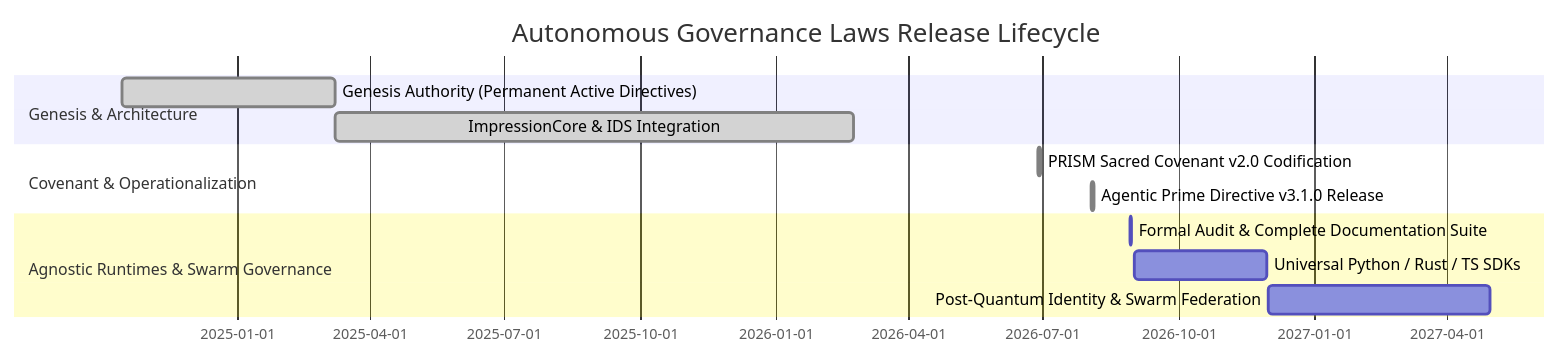
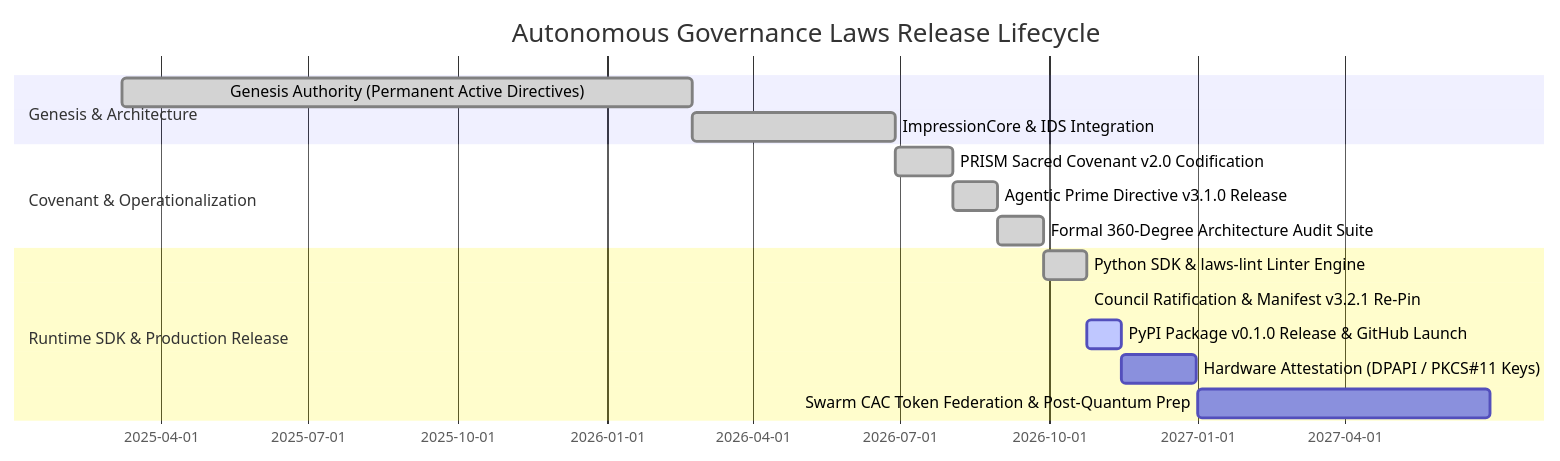
One commit to kirklasalle/AutonomousGovernanceLaws changed the fifth of 5 diagrams in PRD.md. Above: the diagram before and after it, drawn with Mermaid. The commit also changed other lines of this file and 16 other files, not shown here.

Commit message:
feat(governance): ratify charter v3.2.1, enhance documentation with architecture illustrations, and add hero banner

````diff
--- a/PRD.md
+++ b/PRD.md
@@ -175,15 +226,18 @@
 ```mermaid
 gantt
     title Autonomous Governance Laws Release Lifecycle
     dateFormat  YYYY-MM-DD
     section Genesis & Architecture
-    Genesis Authority (Permanent Active Directives) :done, 2024-10-15, 2025-03-08
-    ImpressionCore & IDS Integration                :done, 2025-03-08, 2026-02-23
+    Genesis Authority (Permanent Active Directives) :done, 2025-03-08, 2026-02-23
+    ImpressionCore & IDS Integration                :done, 2026-02-23, 2026-06-28
     section Covenant & Operationalization
-    PRISM Sacred Covenant v2.0 Codification         :done, 2026-06-28, 2026-06-30
-    Agentic Prime Directive v3.1.0 Release          :done, 2026-08-03, 2026-08-05
-    section Agnostic Runtimes & Swarm Governance
-    Formal Audit & Complete Documentation Suite     :active, 2026-08-29, 2026-08-30
-    Universal Python / Rust / TS SDKs               :2026-09-01, 2026-11-30
-    Post-Quantum Identity & Swarm Federation        :2026-12-01, 2027-04-30
+    PRISM Sacred Covenant v2.0 Codification         :done, 2026-06-28, 2026-08-03
+    Agentic Prime Directive v3.1.0 Release          :done, 2026-08-03, 2026-08-30
+    Formal 360-Degree Architecture Audit Suite      :done, 2026-08-30, 2026-09-28
+    section Runtime SDK & Production Release
+    Python SDK & laws-lint Linter Engine            :done, 2026-09-28, 2026-10-24
+    Council Ratification & Manifest v3.2.1 Re-Pin   :done, 2026-10-24, 2026-10-24
+    PyPI Package v0.1.0 Release & GitHub Launch     :active, 2026-10-24, 2026-11-15
+    Hardware Attestation (DPAPI / PKCS#11 Keys)     :2026-11-15, 2026-12-31
+    Swarm CAC Token Federation & Post-Quantum Prep   :2027-01-01, 2027-06-30
 ```
````
